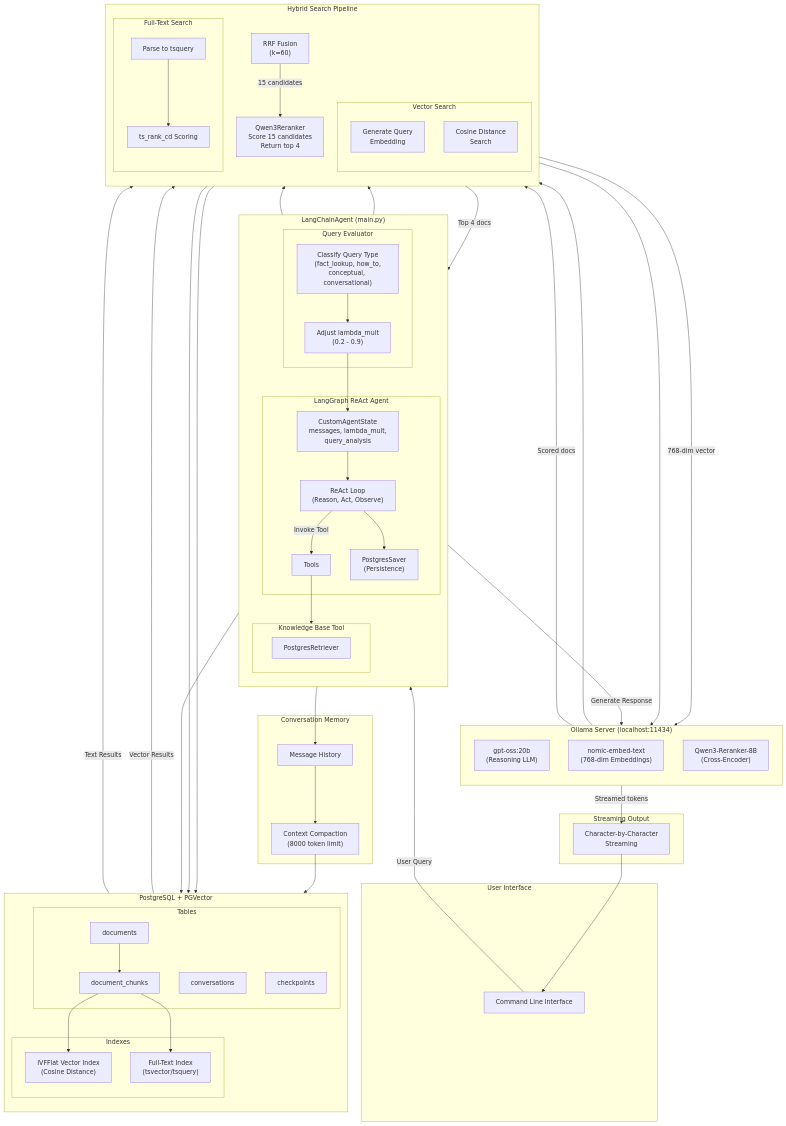
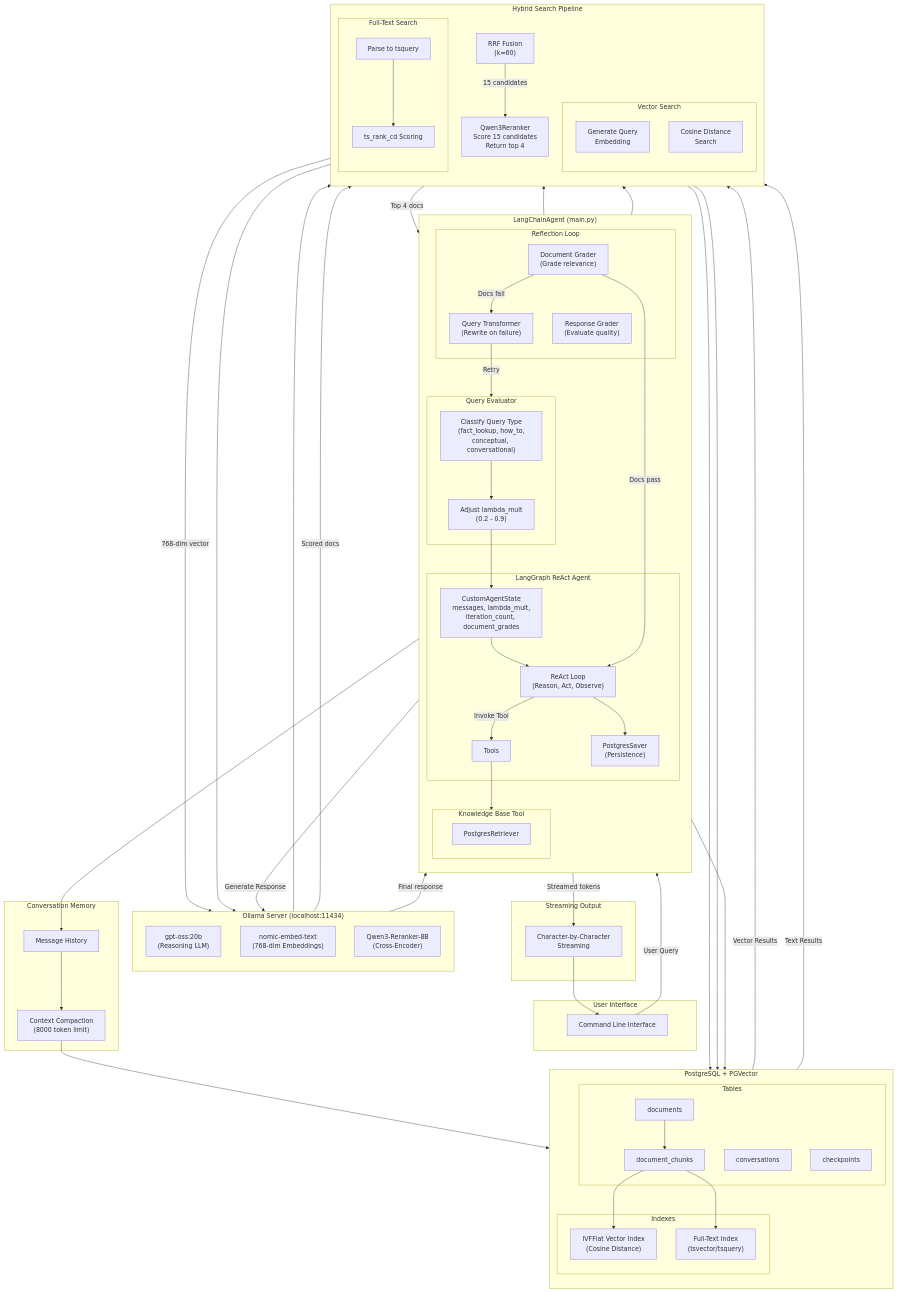
Before and after one commit to agileresearchservices/rusty-compass: the diagram in README.md, drawn with Mermaid. The commit also changed other lines of this file and 5 other files, not shown here.

First line of the commit message:
Add LangGraph reflection loop for self-improving agent

```diff
--- a/README.md
+++ b/README.md
@@ -56,10 +56,16 @@
         end
 
         subgraph LangGraph["LangGraph ReAct Agent"]
-            STATE["CustomAgentState<br/>messages, lambda_mult,<br/>query_analysis"]
+            STATE["CustomAgentState<br/>messages, lambda_mult,<br/>iteration_count, document_grades"]
             REACT["ReAct Loop<br/>(Reason, Act, Observe)"]
             TOOLS["Tools"]
             CHECKPOINT["PostgresSaver<br/>(Persistence)"]
+        end
+
+        subgraph Reflection["Reflection Loop"]
+            DOC_GRADER["Document Grader<br/>(Grade relevance)"]
+            QUERY_TRANS["Query Transformer<br/>(Rewrite on failure)"]
+            RESP_GRADER["Response Grader<br/>(Evaluate quality)"]
         end
 
         subgraph KBTool["Knowledge Base Tool"]
@@ -119,11 +125,17 @@
     RRF --> |"15 candidates"| RERANKER
     RERANKER --> RERANK
     RERANK --> |"Scored docs"| RERANKER
-    RERANKER --> |"Top 4 docs"| REACT
+    RERANKER --> |"Top 4 docs"| DOC_GRADER
+
+    %% Reflection Flow
+    DOC_GRADER --> |"Docs pass"| REACT
+    DOC_GRADER --> |"Docs fail"| QUERY_TRANS
+    QUERY_TRANS --> |"Retry"| QueryEval
 
     %% LLM Reasoning
     REACT --> |"Generate Response"| LLM
-    LLM --> |"Streamed tokens"| STREAM
+    LLM --> |"Final response"| RESP_GRADER
+    RESP_GRADER --> |"Streamed tokens"| STREAM
     STREAM --> CLI
 
     %% Persistence
```
